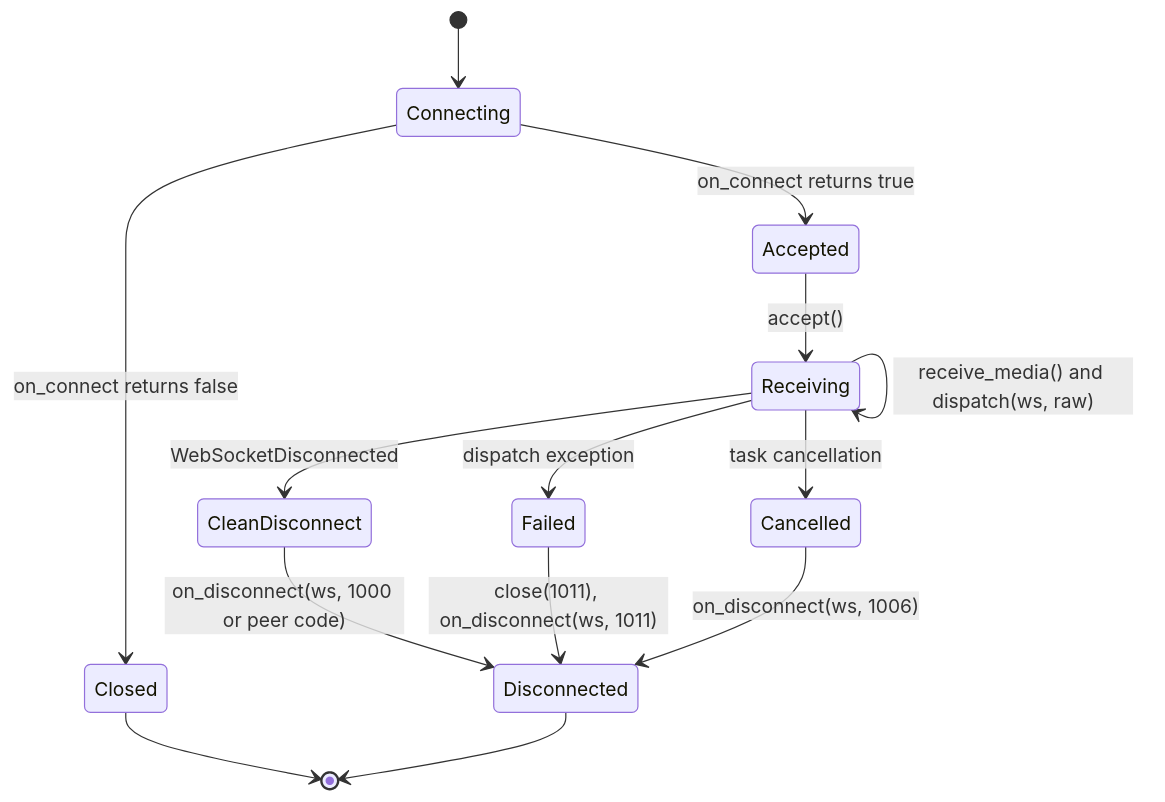
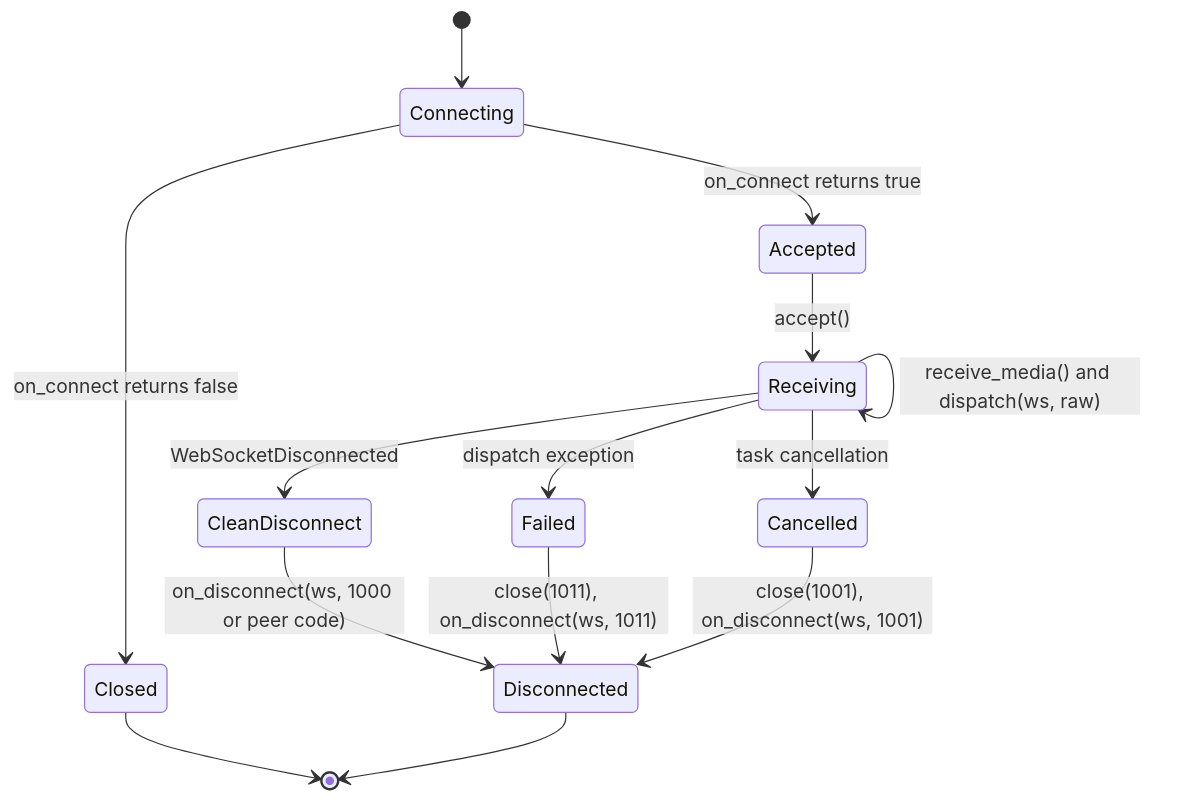
Before and after one commit to leynos/falcon-pachinko: the first of 18 diagrams in docs/falcon-websocket-extension-design.md, drawn with Mermaid. The commit also changed other lines of this file and 14 other files, not shown here.

````diff
--- a/docs/falcon-websocket-extension-design.md
+++ b/docs/falcon-websocket-extension-design.md
@@ -61,25 +61,25 @@
 ```mermaid
 stateDiagram-v2
     accTitle: WebSocket session state transitions
     accDescr {
         The session starts while the router runs on_connect. A false result
         closes the session; a true result leads to acceptance and a persistent
         receive and dispatch loop. A clean disconnect, dispatch failure or
         cancellation each invokes on_disconnect once with its corresponding
         close code, then ends in the disconnected state.
     }
 
     [*] --> Connecting
     Connecting --> Accepted: on_connect returns true
     Connecting --> Closed: on_connect returns false
     Accepted --> Receiving: accept()
     Receiving --> Receiving: receive_media() and dispatch(ws, raw)
     Receiving --> CleanDisconnect: WebSocketDisconnected
     Receiving --> Failed: dispatch exception
     Receiving --> Cancelled: task cancellation
     CleanDisconnect --> Disconnected: on_disconnect(ws, 1000 or peer code)
     Failed --> Disconnected: close(1011), on_disconnect(ws, 1011)
-    Cancelled --> Disconnected: on_disconnect(ws, 1006)
+    Cancelled --> Disconnected: close(1001), on_disconnect(ws, 1001)
     Closed --> [*]
     Disconnected --> [*]
 ```
````
